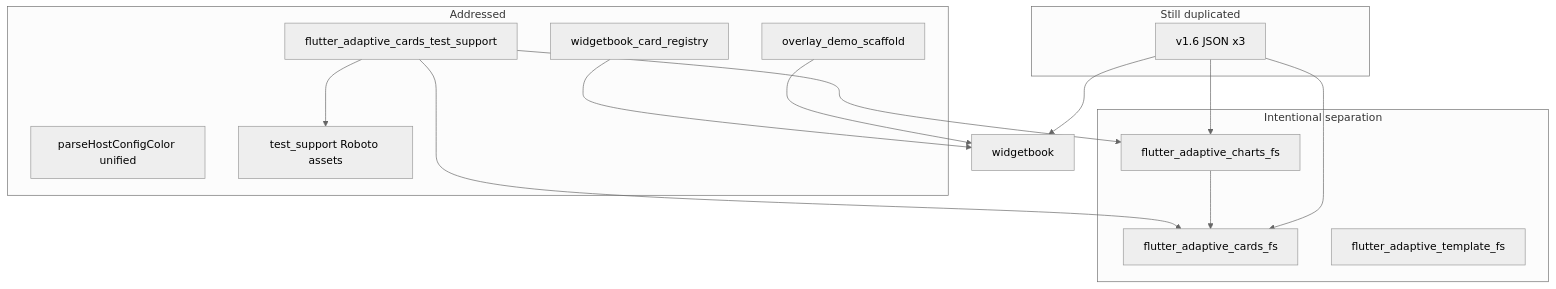
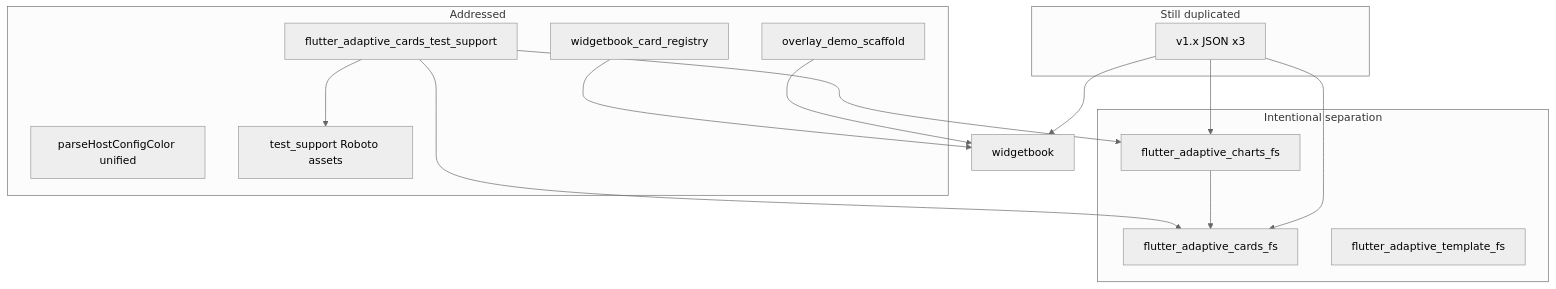
One commit to freemansoft/Flutter-AdaptiveCards changed the diagram in docs/plans/2026-06-07-redundancy_remediation_plan_07c9630f.plan.md. Above: the diagram before and after it, drawn with Mermaid (neutral theme). The commit also changed other lines of this file and 1 other file, not shown here.

````diff
--- a/docs/plans/2026-06-07-redundancy_remediation_plan_07c9630f.plan.md
+++ b/docs/plans/2026-06-07-redundancy_remediation_plan_07c9630f.plan.md
@@ -86,27 +86,27 @@
 ```mermaid
 flowchart TB
   subgraph intentional [Intentional separation]
     cards[flutter_adaptive_cards_fs]
     template[flutter_adaptive_template_fs]
     charts[flutter_adaptive_charts_fs]
   end
   subgraph done [Addressed]
     testSupport[flutter_adaptive_cards_test_support]
     parseColor[parseHostConfigColor unified]
     widgetbookRegistry[widgetbook_card_registry]
     overlayScaffold[overlay_demo_scaffold]
     fontsOnce[test_support Roboto assets]
   end
   subgraph remaining [Still duplicated]
-    fixtures[v1.6 JSON x3]
+    fixtures[v1.x JSON x3]
   end
   testSupport --> fontsOnce
   testSupport --> cards
   testSupport --> charts
   charts --> cards
   fixtures --> cards
   fixtures --> charts
   fixtures --> widgetbook[widgetbook]
   widgetbookRegistry --> widgetbook
   overlayScaffold --> widgetbook
 ```
````
